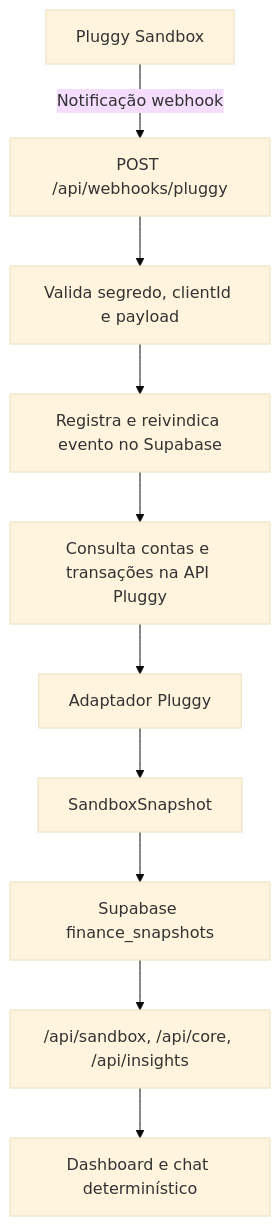
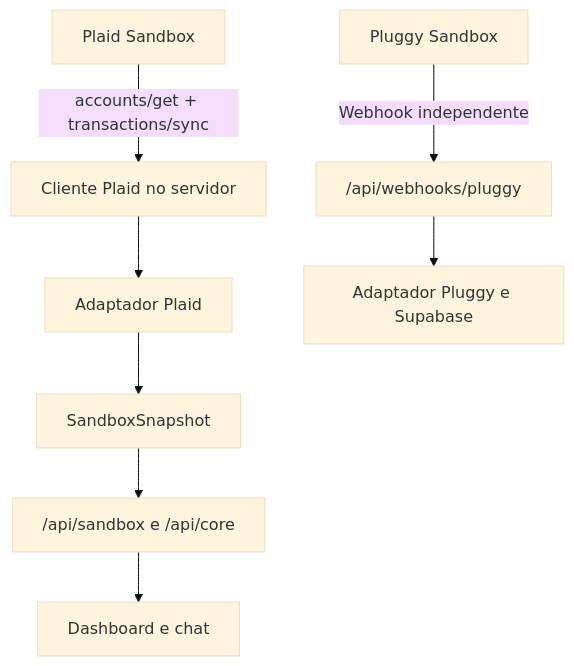
Before and after one commit to valquiria87/core-finance: the diagram in README.pt-BR.md, drawn with Mermaid (base theme). The commit also changed other lines of this file and 67 other files, not shown here.

````diff
--- a/README.pt-BR.md
+++ b/README.pt-BR.md
@@ -74,12 +117,10 @@
 ```mermaid
 flowchart TD
-    A["Pluggy Sandbox"] -->|Notificação webhook| B["POST /api/webhooks/pluggy"]
-    B --> C["Valida segredo, clientId e payload"]
-    C --> D["Registra e reivindica evento no Supabase"]
-    D --> E["Consulta contas e transações na API Pluggy"]
-    E --> F["Adaptador Pluggy"]
-    F --> G["SandboxSnapshot"]
-    G --> H["Supabase finance_snapshots"]
-    H --> I["/api/sandbox, /api/core, /api/insights"]
-    I --> J["Dashboard e chat determinístico"]
+    P["Plaid Sandbox"] -->|accounts/get + transactions/sync| A["Cliente Plaid no servidor"]
+    A --> B["Adaptador Plaid"]
+    B --> C["SandboxSnapshot"]
+    C --> D["/api/sandbox e /api/core"]
+    D --> E["Dashboard e chat"]
+    G["Pluggy Sandbox"] -->|Webhook independente| H["/api/webhooks/pluggy"]
+    H --> I["Adaptador Pluggy e Supabase"]
 ```
````
